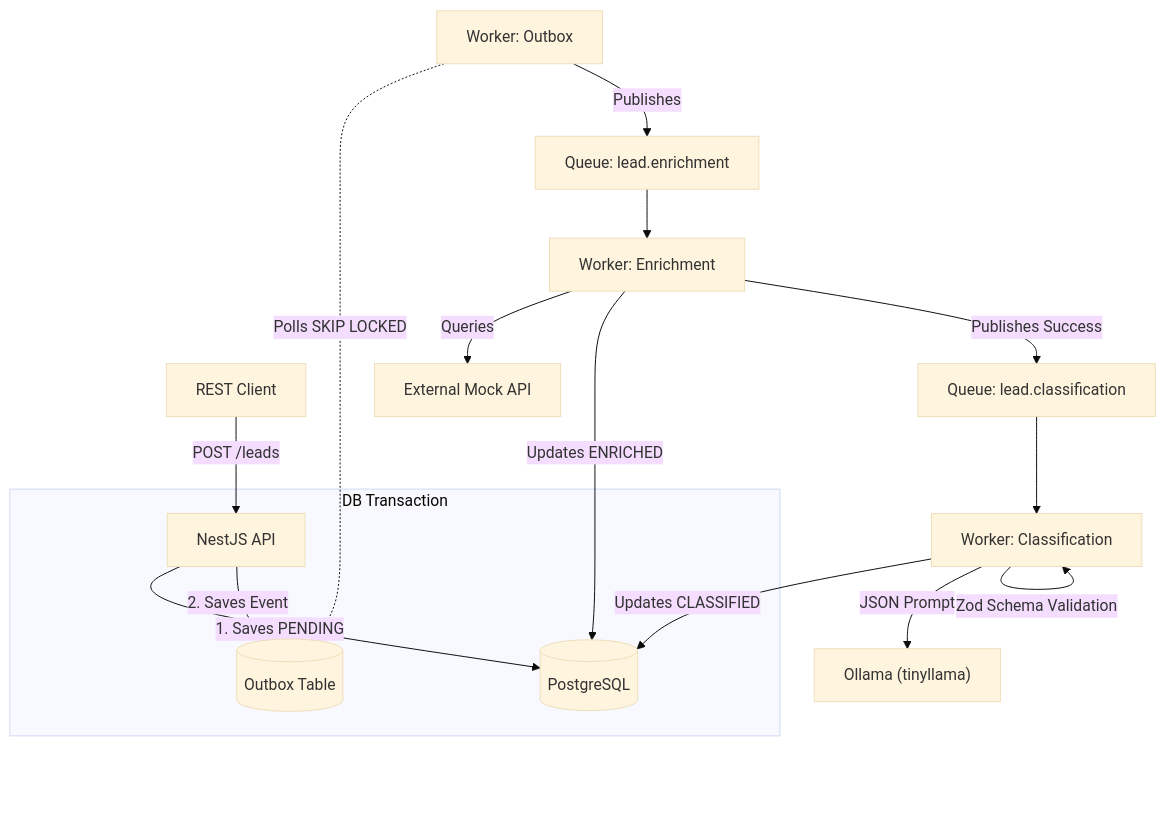
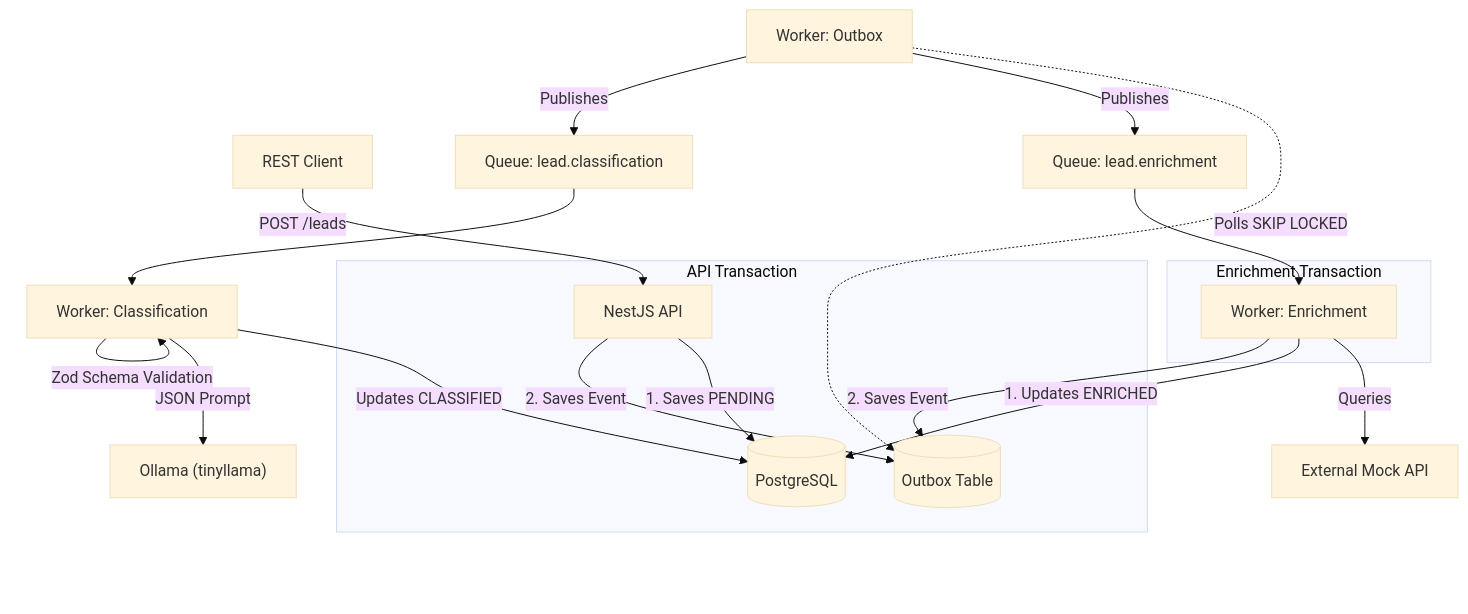
Before and after one commit to luluopa/semantic-lead-intelligence-engine: the first of 2 diagrams in README.md, drawn with Mermaid (base theme). The commit also changed other lines of this file and 1 other file, not shown here.

Commit message:
docs: update README and README.pt-BR to clarify Outbox Pattern implementation and enhance descriptions of transactional messaging and system architecture

````diff
--- a/README.md
+++ b/README.md
@@ -36,22 +36,27 @@
 ```mermaid
 flowchart TD
     Client["REST Client"] -->|POST /leads| API["NestJS API"]
     
-    subgraph "DB Transaction"
+    subgraph "API Transaction"
         API -->|1. Saves PENDING| DB[(PostgreSQL)]
         API -->|2. Saves Event| Outbox[(Outbox Table)]
     end
     
     OutboxWorker["Worker: Outbox"] -.->|Polls SKIP LOCKED| Outbox
     OutboxWorker -->|Publishes| Q_Enrich["Queue: lead.enrichment"]
     
     Q_Enrich --> W_Enrich["Worker: Enrichment"]
     W_Enrich -->|Queries| MockAPI["External Mock API"]
-    W_Enrich -->|Updates ENRICHED| DB
-    W_Enrich -->|Publishes Success| Q_Class["Queue: lead.classification"]
+    
+    subgraph "Enrichment Transaction"
+        W_Enrich -->|1. Updates ENRICHED| DB
+        W_Enrich -->|2. Saves Event| Outbox
+    end
+    
+    OutboxWorker -->|Publishes| Q_Class["Queue: lead.classification"]
     
     Q_Class --> W_Class["Worker: Classification"]
     W_Class -->|JSON Prompt| Ollama["Ollama (tinyllama)"]
     W_Class -->|Zod Schema Validation| W_Class
     W_Class -->|Updates CLASSIFIED| DB
 ```
````
